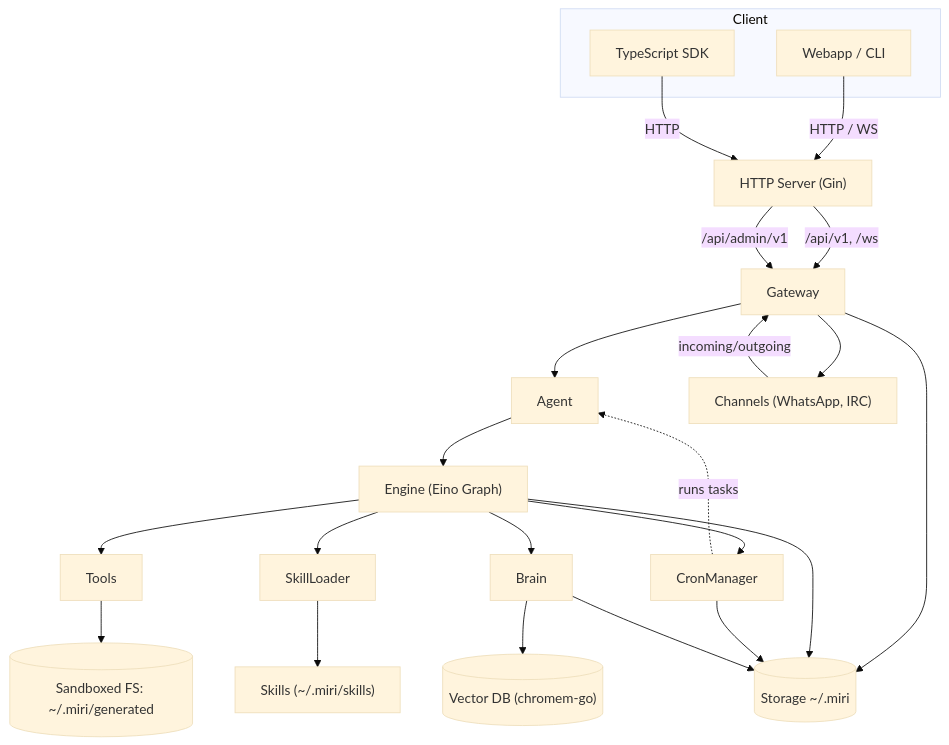
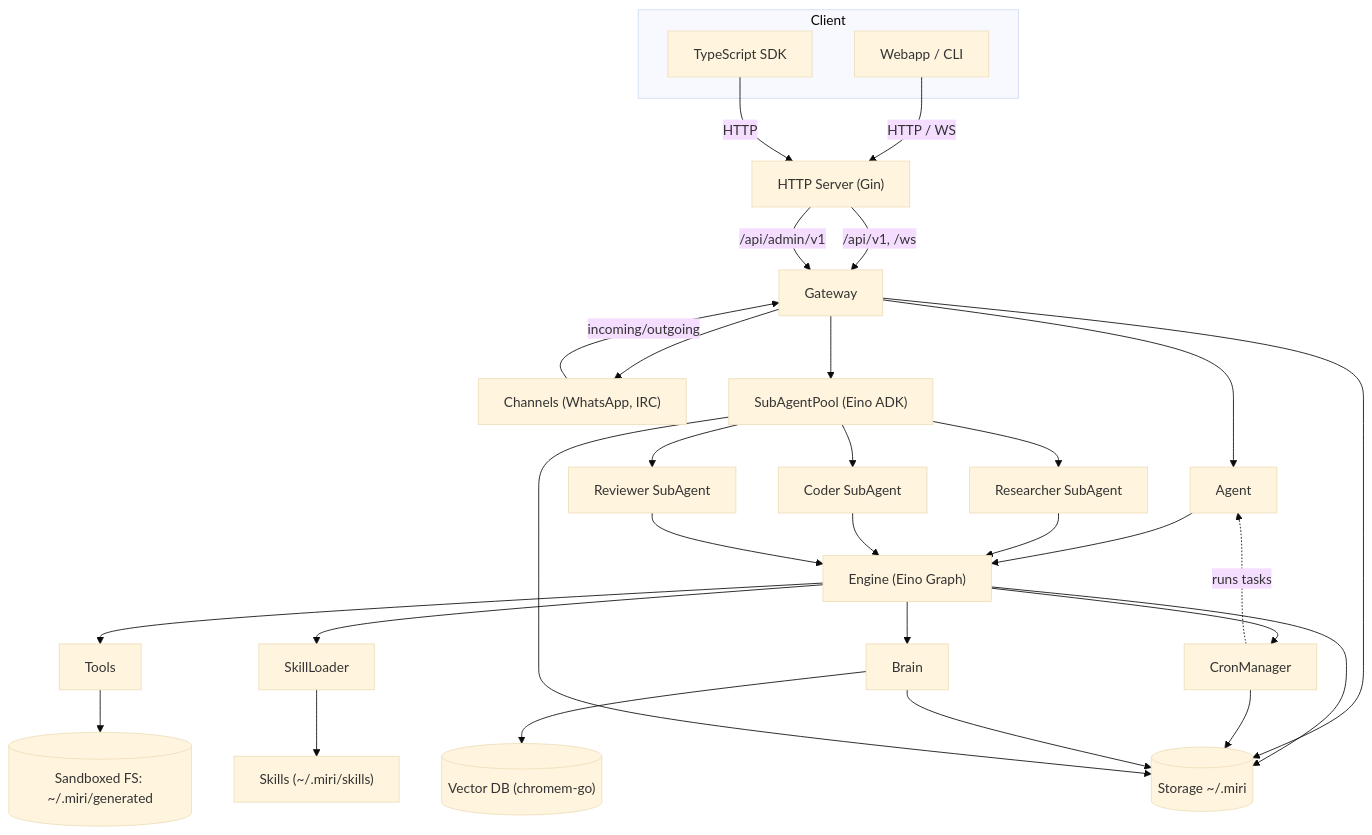
One commit to AlexRockShouts/miri-main changed the diagram in README.md. Above: the diagram before and after it, drawn with Mermaid (base theme). The commit also changed other lines of this file and 23 other files, not shown here.

First line of the commit message:
Add Sub-Agent integration and SDK updates:

````diff
--- a/README.md
+++ b/README.md
@@ -9,33 +9,39 @@
 ```mermaid
 flowchart TD
   subgraph Client
     UI[Webapp / CLI]
     SDK[TypeScript SDK]
   end
 
   UI -->|"HTTP / WS"| REST["HTTP Server (Gin)"]
   SDK -->|HTTP| REST
 
   REST -->|"/api/v1, /ws"| GW[Gateway]
   REST -->|/api/admin/v1| GW
 
   GW --> AG[Agent]
   GW --> CH["Channels (WhatsApp, IRC)"]
   CH -->|incoming/outgoing| GW
 
   AG --> EN["Engine (Eino Graph)"]
   EN --> TL[Tools]
   EN --> SL[SkillLoader]
   EN --> CR[CronManager]
   EN --> BR[Brain]
 
   SL --> SK["Skills (~/.miri/skills)"]
   TL --> FS[("Sandboxed FS: ~/.miri/generated")]
   BR --> VM[("Vector DB (chromem-go)")]
 
   GW --> ST[("Storage ~/.miri")]
   EN --> ST
   CR --> ST
   BR --> ST
   CR -.->|runs tasks| AG
+  GW --> DP["SubAgentPool (Eino ADK)"]
+  DP --> SA1["Researcher SubAgent"]
+  DP --> SA2["Coder SubAgent"]
+  DP --> SA3["Reviewer SubAgent"]
+  SA1 & SA2 & SA3 --> EN
+  DP --> ST
 ```
````
